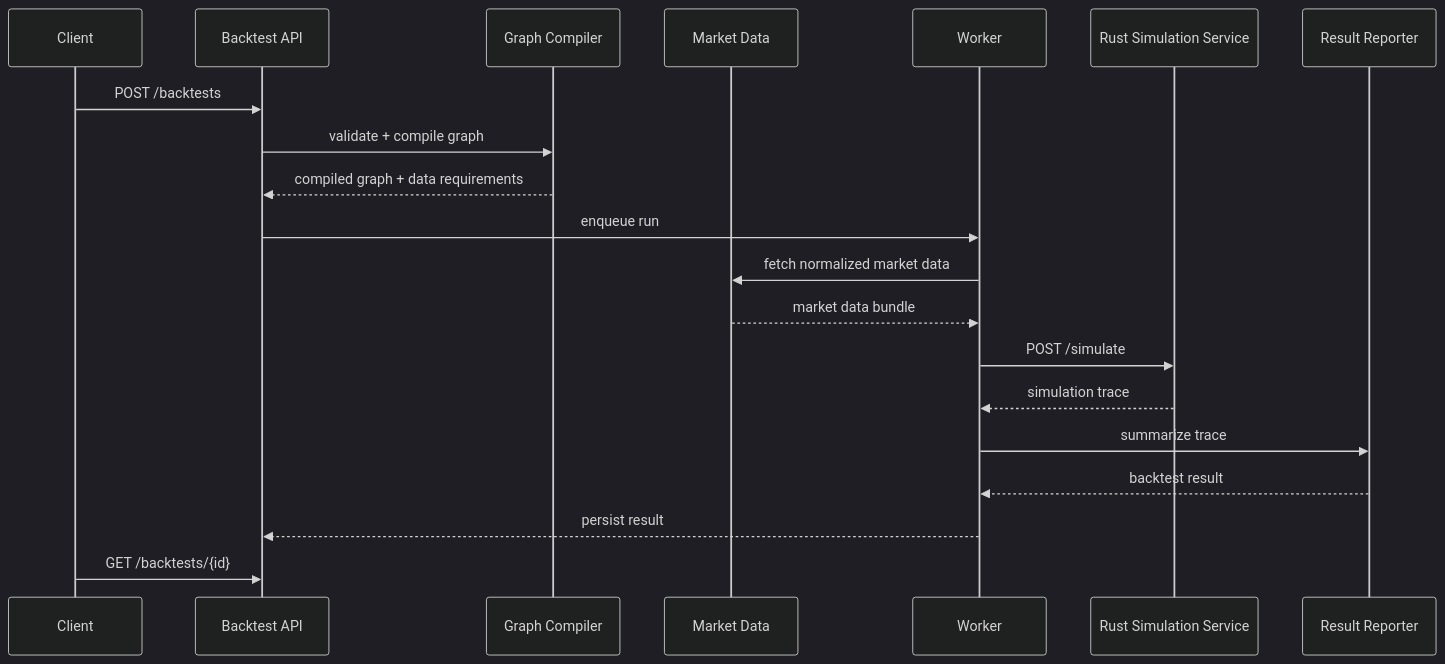
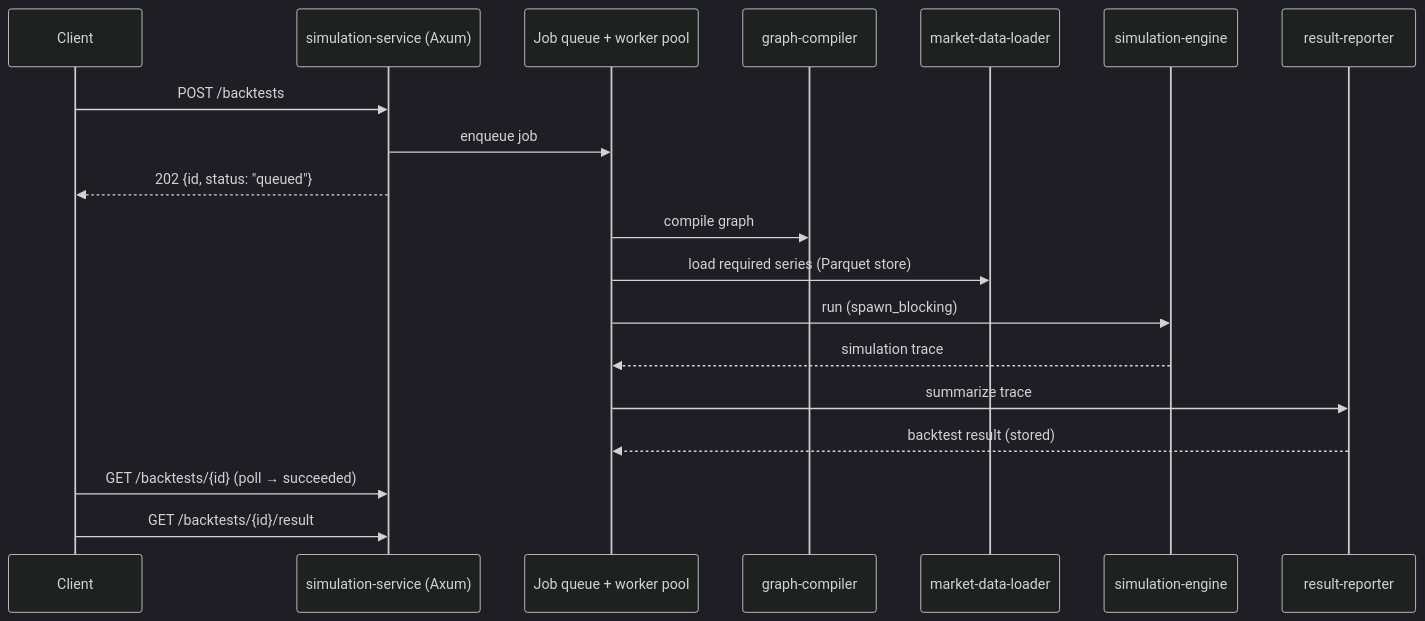
One commit to ftvision/catalyst-backtest changed the third of 3 diagrams in docs/system-design.md. Above: the diagram before and after it, drawn with Mermaid (dark theme). The commit also changed other lines of this file and 39 other files, not shown here.

````diff
--- a/docs/system-design.md
+++ b/docs/system-design.md
@@ -339,23 +314,22 @@
 ```mermaid
 sequenceDiagram
   participant C as Client
-  participant A as Backtest API
-  participant G as Graph Compiler
-  participant D as Market Data
-  participant W as Worker
-  participant S as Rust Simulation Service
-  participant R as Result Reporter
+  participant S as simulation-service (Axum)
+  participant Q as Job queue + worker pool
+  participant G as graph-compiler
+  participant L as market-data-loader
+  participant E as simulation-engine
+  participant R as result-reporter
 
-  C->>A: POST /backtests
-  A->>G: validate + compile graph
-  G-->>A: compiled graph + data requirements
-  A->>W: enqueue run
-  W->>D: fetch normalized market data
-  D-->>W: market data bundle
-  W->>S: POST /simulate
-  S-->>W: simulation trace
-  W->>R: summarize trace
-  R-->>W: backtest result
-  W-->>A: persist result
-  C->>A: GET /backtests/{id}
+  C->>S: POST /backtests
+  S->>Q: enqueue job
+  S-->>C: 202 {id, status: "queued"}
+  Q->>G: compile graph
+  Q->>L: load required series (Parquet store)
+  Q->>E: run (spawn_blocking)
+  E-->>Q: simulation trace
+  Q->>R: summarize trace
+  R-->>Q: backtest result (stored)
+  C->>S: GET /backtests/{id} (poll → succeeded)
+  C->>S: GET /backtests/{id}/result
 ```
````
